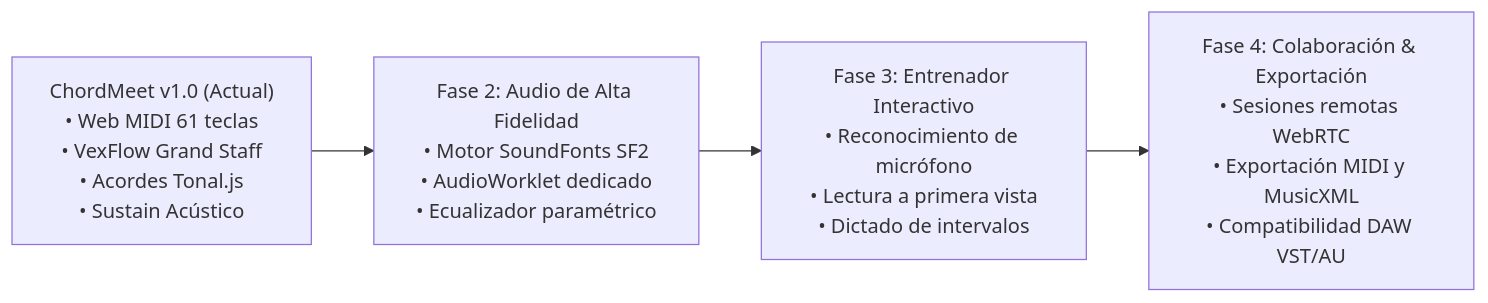
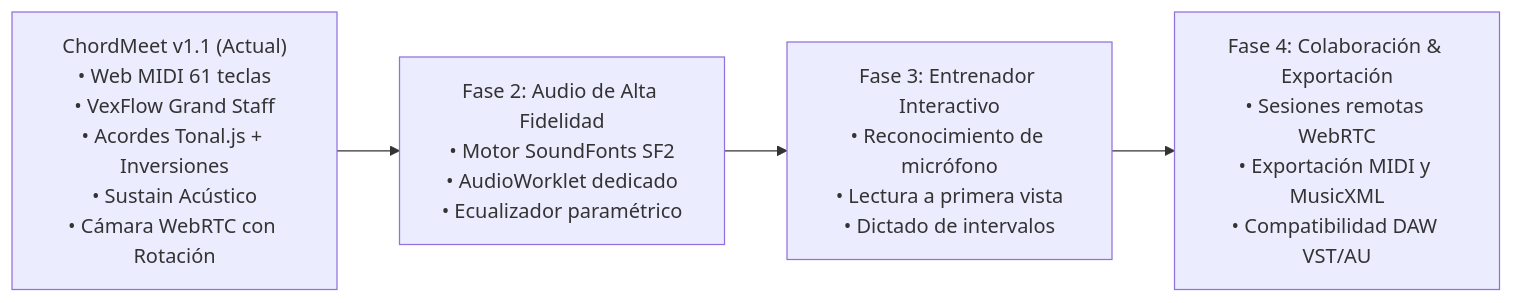
One commit to osvmendoza/ChordMeet changed the second of 2 diagrams in README.md. Above: the diagram before and after it, drawn with Mermaid. The commit also changed other lines of this file, not shown here.

````diff
--- a/README.md
+++ b/README.md
@@ -309,7 +339,7 @@
 ```mermaid
 flowchart LR
-    A["ChordMeet v1.0 (Actual)\n• Web MIDI 61 teclas\n• VexFlow Grand Staff\n• Acordes Tonal.js\n• Sustain Acústico"] 
+    A["ChordMeet v1.1 (Actual)\n• Web MIDI 61 teclas\n• VexFlow Grand Staff\n• Acordes Tonal.js + Inversiones\n• Sustain Acústico\n• Cámara WebRTC con Rotación"] 
     --> B["Fase 2: Audio de Alta Fidelidad\n• Motor SoundFonts SF2\n• AudioWorklet dedicado\n• Ecualizador paramétrico"]
     --> C["Fase 3: Entrenador Interactivo\n• Reconocimiento de micrófono\n• Lectura a primera vista\n• Dictado de intervalos"]
     --> D["Fase 4: Colaboración & Exportación\n• Sesiones remotas WebRTC\n• Exportación MIDI y MusicXML\n• Compatibilidad DAW VST/AU"]
 ```
````
